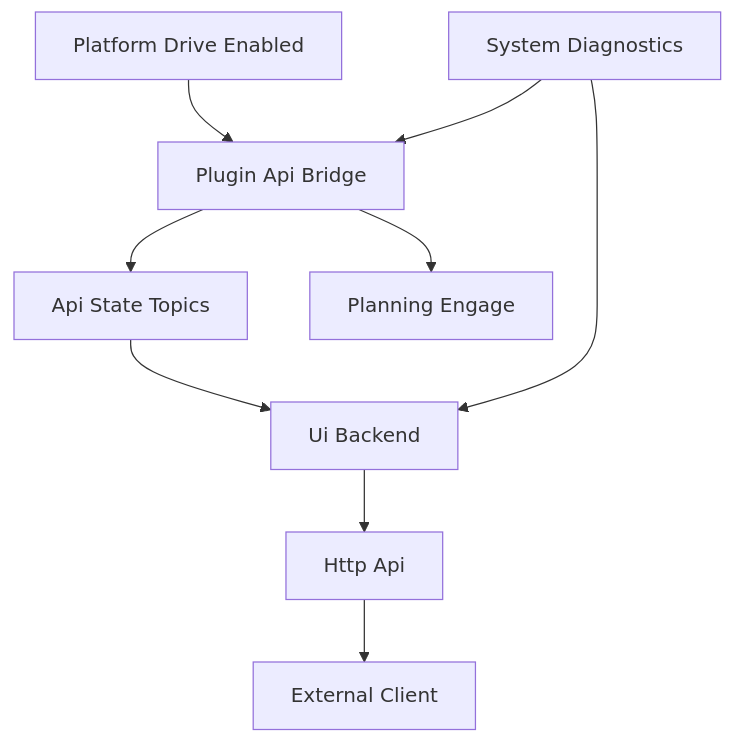
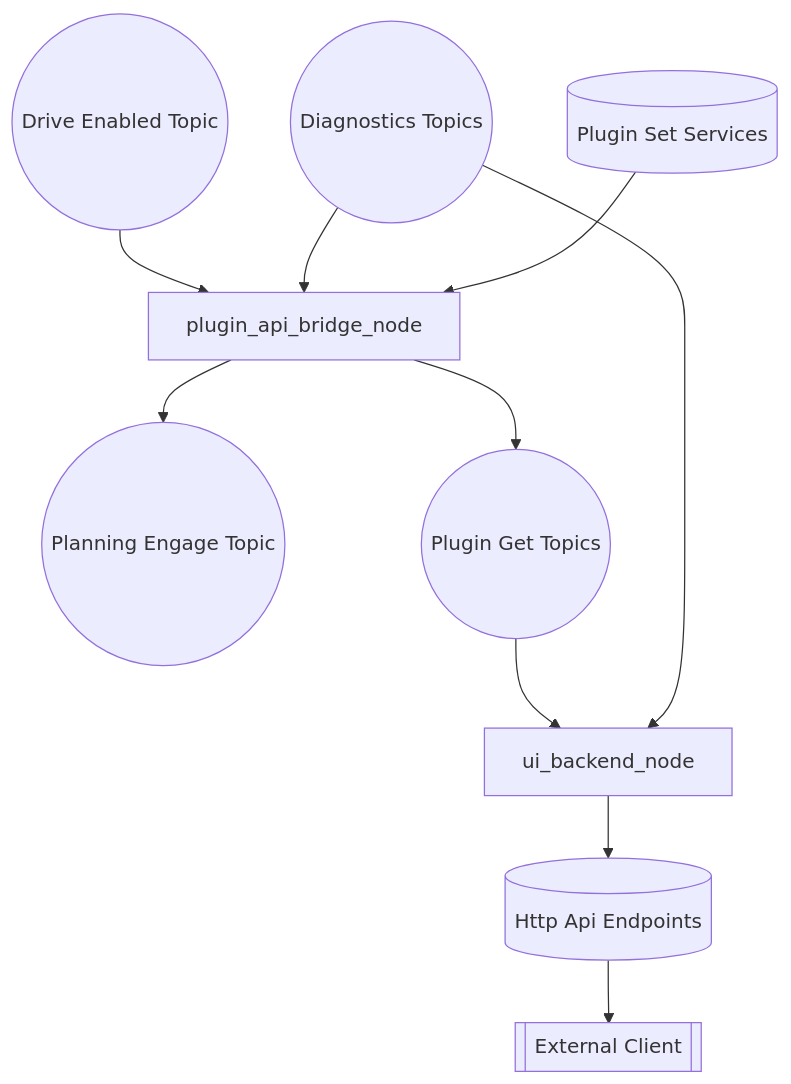
Before and after one commit to hwanhonglee/CAMROD: the first of 2 diagrams in camrod_api/README.md, drawn with Mermaid. The commit also changed other lines of this file and 13 other files, not shown here.

Commit message:
docs(readme): clarify diagram semantics and avg_msgs interface-only role

````diff
--- a/camrod_api/README.md
+++ b/camrod_api/README.md
@@ -7,20 +7,13 @@
 ```mermaid
 graph TD
-  BRIDGE[Plugin Api Bridge]
-  TOPICS[Api State Topics]
-  ENGAGE[Planning Engage]
-  DRIVE[Platform Drive Enabled]
-  DIAG[System Diagnostics]
-  UI[Ui Backend]
-  HTTP[Http Api]
-  CLIENT[External Client]
+  DRIVE((Drive Enabled Topic)) --> BRIDGE[plugin_api_bridge_node]
+  DIAG((Diagnostics Topics)) --> BRIDGE
+  SET[(Plugin Set Services)] --> BRIDGE
+  BRIDGE --> ENGAGE((Planning Engage Topic))
+  BRIDGE --> GET((Plugin Get Topics))
 
-  BRIDGE --> TOPICS
-  BRIDGE --> ENGAGE
-  DRIVE --> BRIDGE
-  DIAG --> BRIDGE
-  TOPICS --> UI
+  GET --> UI[ui_backend_node]
   DIAG --> UI
-  UI --> HTTP
-  HTTP --> CLIENT
+  UI --> HTTP[(Http Api Endpoints)]
+  HTTP --> CLIENT[[External Client]]
 ```
````
